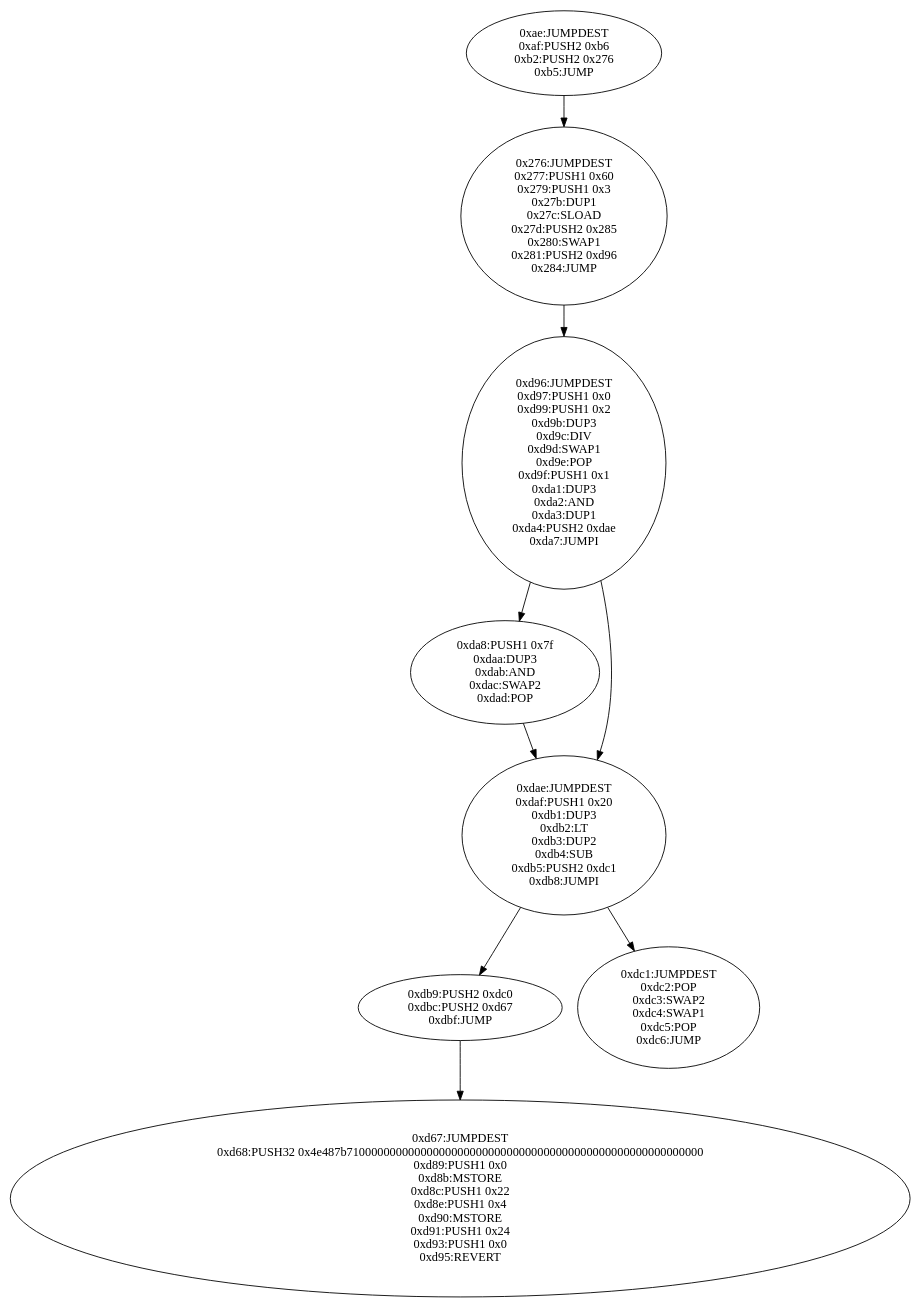
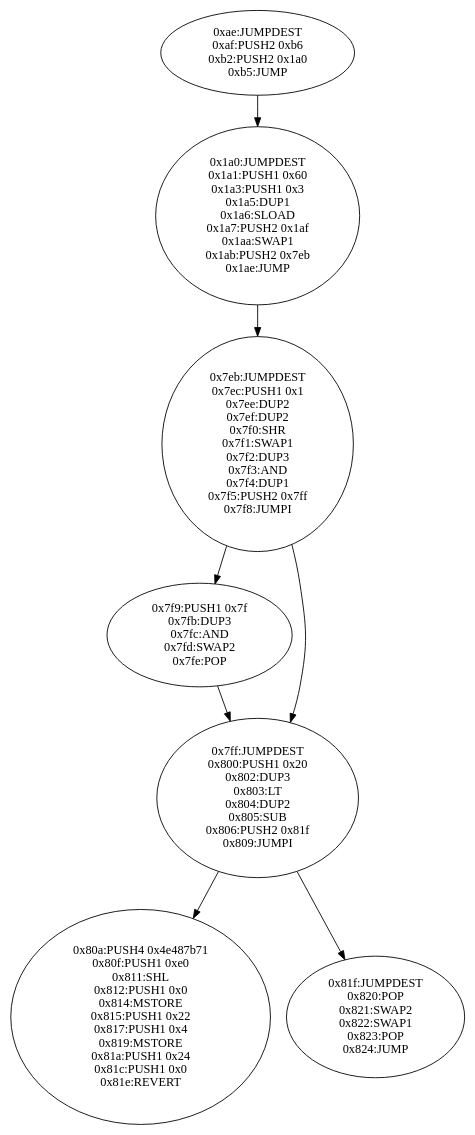
One commit to steventhornton/openzeppelin-research-project changed the diagram in erc20-example/cfg/output/Token.bin-runtime_name().dot. Above: the diagram before and after it, drawn with Graphviz. The commit also changed 12 other files, not shown here.

```diff
--- a/erc20-example/cfg/output/Token.bin-runtime_name().dot
+++ b/erc20-example/cfg/output/Token.bin-runtime_name().dot
@@ -1,69 +1,64 @@
 digraph{
 174[label="0xae:JUMPDEST
 0xaf:PUSH2 0xb6
-0xb2:PUSH2 0x276
+0xb2:PUSH2 0x1a0
 0xb5:JUMP"]
-174 -> 630
-630[label="0x276:JUMPDEST
-0x277:PUSH1 0x60
-0x279:PUSH1 0x3
-0x27b:DUP1
-0x27c:SLOAD
-0x27d:PUSH2 0x285
-0x280:SWAP1
-0x281:PUSH2 0xd96
-0x284:JUMP"]
-630 -> 3478
-3478[label="0xd96:JUMPDEST
-0xd97:PUSH1 0x0
-0xd99:PUSH1 0x2
-0xd9b:DUP3
-0xd9c:DIV
-0xd9d:SWAP1
-0xd9e:POP
-0xd9f:PUSH1 0x1
-0xda1:DUP3
-0xda2:AND
-0xda3:DUP1
-0xda4:PUSH2 0xdae
-0xda7:JUMPI"]
-3478 -> 3496
-3478 -> 3502
-3496[label="0xda8:PUSH1 0x7f
-0xdaa:DUP3
-0xdab:AND
-0xdac:SWAP2
-0xdad:POP"]
-3496 -> 3502
-3502[label="0xdae:JUMPDEST
-0xdaf:PUSH1 0x20
-0xdb1:DUP3
-0xdb2:LT
-0xdb3:DUP2
-0xdb4:SUB
-0xdb5:PUSH2 0xdc1
-0xdb8:JUMPI"]
-3502 -> 3513
-3502 -> 3521
-3513[label="0xdb9:PUSH2 0xdc0
-0xdbc:PUSH2 0xd67
-0xdbf:JUMP"]
-3513 -> 3431
-3521[label="0xdc1:JUMPDEST
-0xdc2:POP
-0xdc3:SWAP2
-0xdc4:SWAP1
-0xdc5:POP
-0xdc6:JUMP"]
-3431[label="0xd67:JUMPDEST
-0xd68:PUSH32 0x4e487b7100000000000000000000000000000000000000000000000000000000
-0xd89:PUSH1 0x0
-0xd8b:MSTORE
-0xd8c:PUSH1 0x22
-0xd8e:PUSH1 0x4
-0xd90:MSTORE
-0xd91:PUSH1 0x24
-0xd93:PUSH1 0x0
-0xd95:REVERT"]
+174 -> 416
+416[label="0x1a0:JUMPDEST
+0x1a1:PUSH1 0x60
+0x1a3:PUSH1 0x3
+0x1a5:DUP1
+0x1a6:SLOAD
+0x1a7:PUSH2 0x1af
+0x1aa:SWAP1
+0x1ab:PUSH2 0x7eb
+0x1ae:JUMP"]
+416 -> 2027
+2027[label="0x7eb:JUMPDEST
+0x7ec:PUSH1 0x1
+0x7ee:DUP2
+0x7ef:DUP2
+0x7f0:SHR
+0x7f1:SWAP1
+0x7f2:DUP3
+0x7f3:AND
+0x7f4:DUP1
+0x7f5:PUSH2 0x7ff
+0x7f8:JUMPI"]
+2027 -> 2041
+2027 -> 2047
+2041[label="0x7f9:PUSH1 0x7f
+0x7fb:DUP3
+0x7fc:AND
+0x7fd:SWAP2
+0x7fe:POP"]
+2041 -> 2047
+2047[label="0x7ff:JUMPDEST
+0x800:PUSH1 0x20
+0x802:DUP3
+0x803:LT
+0x804:DUP2
+0x805:SUB
+0x806:PUSH2 0x81f
+0x809:JUMPI"]
+2047 -> 2058
+2047 -> 2079
+2058[label="0x80a:PUSH4 0x4e487b71
+0x80f:PUSH1 0xe0
+0x811:SHL
+0x812:PUSH1 0x0
+0x814:MSTORE
+0x815:PUSH1 0x22
+0x817:PUSH1 0x4
+0x819:MSTORE
+0x81a:PUSH1 0x24
+0x81c:PUSH1 0x0
+0x81e:REVERT"]
+2079[label="0x81f:JUMPDEST
+0x820:POP
+0x821:SWAP2
+0x822:SWAP1
+0x823:POP
+0x824:JUMP"]
 
 }
```
